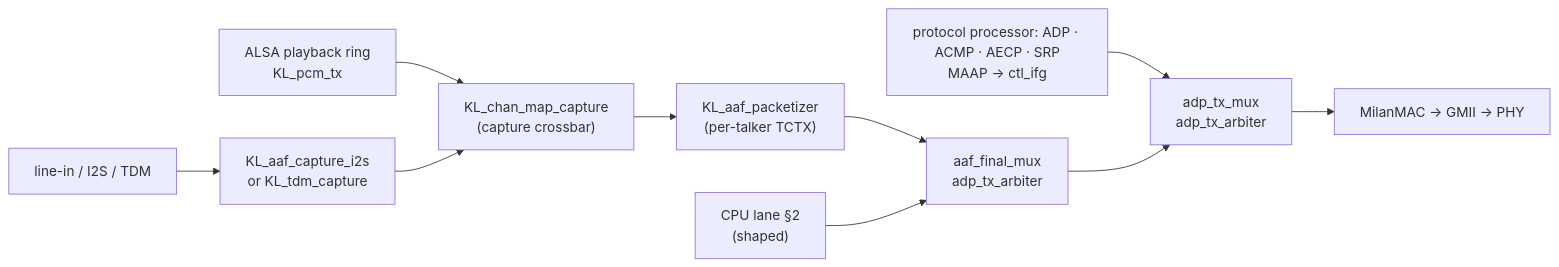
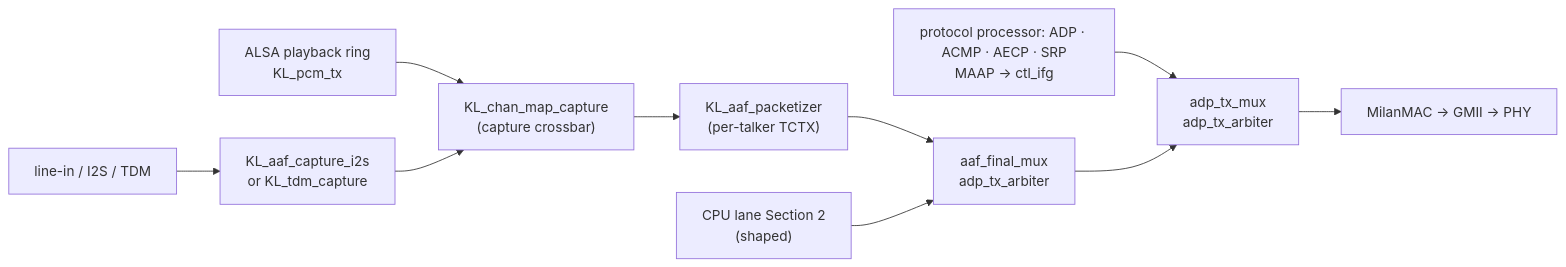
Before and after one commit to kebag-logic/milan-fpga: the first of 3 diagrams in docs/fpga/DATAPLANE_WALKTHROUGH.md, drawn with Mermaid. The commit also changed other lines of this file and 67 other files, not shown here.

````diff
--- a/docs/fpga/DATAPLANE_WALKTHROUGH.md
+++ b/docs/fpga/DATAPLANE_WALKTHROUGH.md
@@ -70,12 +70,12 @@
 ```mermaid
 flowchart LR
     ADC["line-in / I2S / TDM"] --> CAP["KL_aaf_capture_i2s<br/>or KL_tdm_capture"]
     RING["ALSA playback ring<br/>KL_pcm_tx"] --> XBAR
     CAP --> XBAR["KL_chan_map_capture<br/>(capture crossbar)"]
     XBAR --> PKT["KL_aaf_packetizer<br/>(per-talker TCTX)"]
     PKT --> AMUX["aaf_final_mux<br/>adp_tx_arbiter"]
-    CPU["CPU lane §2<br/>(shaped)"] --> AMUX
+    CPU["CPU lane Section 2<br/>(shaped)"] --> AMUX
     CTRL["protocol processor: ADP · ACMP · AECP · SRP<br/>MAAP → ctl_ifg"] --> TMUX
     AMUX --> TMUX["adp_tx_mux<br/>adp_tx_arbiter"]
     TMUX --> MAC["MilanMAC → GMII → PHY"]
 ```
````
